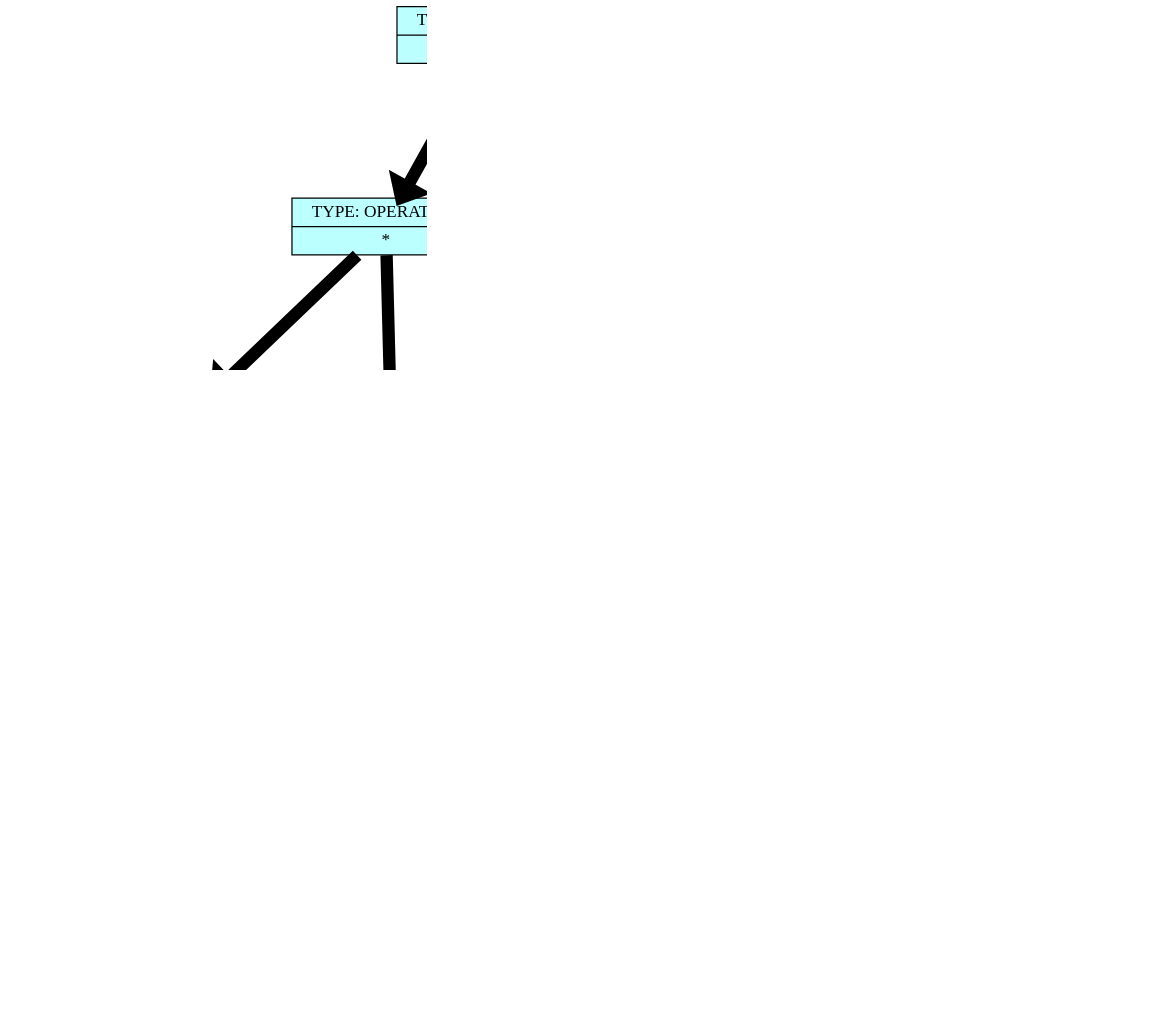
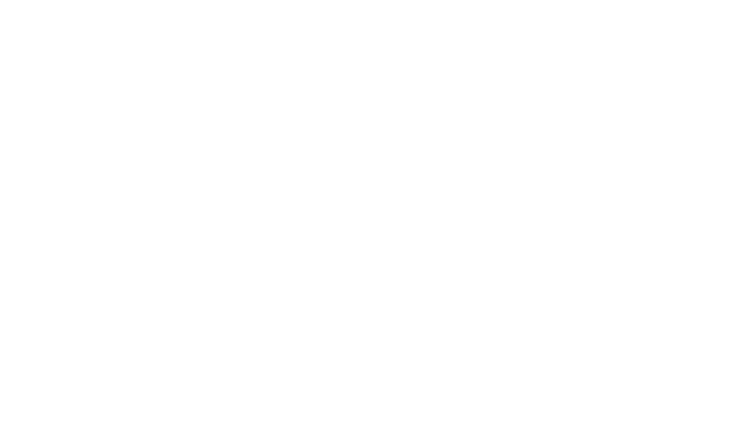
One commit to Troll0ton/Differentiator changed the diagram in dump/list_graph.dot. Above: the diagram before and after it, drawn with Graphviz. The commit also changed 49 other files, not shown here.

```diff
--- a/dump/list_graph.dot
+++ b/dump/list_graph.dot
@@ -1,50 +1,26 @@
 digraph structs {    
 rankdir = TB;        
 graph [dpi = 200];   
 ranksep = 1.5;       
 edge[penwidth = 10]; 
 cell0 [style = filled, color = black, shape=record, 
 fillcolor = paleturquoise1, label = " { <ptr> TYPE: OPERATION | +} " ];                         
 cell1 [style = filled, color = black, shape=record, 
 fillcolor = paleturquoise1, label = " { <ptr> TYPE: OPERATION | *} " ];                         
 cell2 [style = filled, color = black, shape=record, 
-fillcolor = paleturquoise1, label = " { <ptr> TYPE: OPERATION | /} " ];                         
+fillcolor = coral2, label = " { <ptr> TYPE: NUMERIC | 1} " ];                         
 cell3 [style = filled, color = black, shape=record, 
-fillcolor = coral2, label = " { <ptr> TYPE: NUMERIC | 100} " ];                         
+fillcolor = coral2, label = " { <ptr> TYPE: NUMERIC | 49} " ];                         
 cell4 [style = filled, color = black, shape=record, 
-fillcolor = coral2, label = " { <ptr> TYPE: NUMERIC | 40} " ];                         
+fillcolor = paleturquoise1, label = " { <ptr> TYPE: OPERATION | *} " ];                         
 cell5 [style = filled, color = black, shape=record, 
-fillcolor = coral2, label = " { <ptr> TYPE: NUMERIC | 12} " ];                         
+fillcolor = darkolivegreen2, label = " { <ptr> TYPE: VARIABLE | z} " ];                         
 cell6 [style = filled, color = black, shape=record, 
-fillcolor = paleturquoise1, label = " { <ptr> TYPE: OPERATION | *} " ];                         
-cell7 [style = filled, color = black, shape=record, 
-fillcolor = coral2, label = " { <ptr> TYPE: NUMERIC | 12} " ];                         
-cell8 [style = filled, color = black, shape=record, 
-fillcolor = paleturquoise1, label = " { <ptr> TYPE: OPERATION | +} " ];                         
-cell9 [style = filled, color = black, shape=record, 
-fillcolor = coral2, label = " { <ptr> TYPE: NUMERIC | 12} " ];                         
-cell10 [style = filled, color = black, shape=record, 
-fillcolor = paleturquoise1, label = " { <ptr> TYPE: OPERATION | *} " ];                         
-cell11 [style = filled, color = black, shape=record, 
-fillcolor = coral2, label = " { <ptr> TYPE: NUMERIC | 1212} " ];                         
-cell12 [style = filled, color = black, shape=record, 
-fillcolor = paleturquoise1, label = " { <ptr> TYPE: OPERATION | +} " ];                         
-cell13 [style = filled, color = black, shape=record, 
-fillcolor = coral2, label = " { <ptr> TYPE: NUMERIC | 90} " ];                         
-cell14 [style = filled, color = black, shape=record, 
-fillcolor = coral2, label = " { <ptr> TYPE: NUMERIC | 44} " ];                         
+fillcolor = coral2, label = " { <ptr> TYPE: NUMERIC | 0} " ];                         
 cell0 -> cell1;
 cell1 -> cell2;
-cell2 -> cell3;
-cell2 -> cell4;
-cell1 -> cell5;
-cell0 -> cell6;
-cell6 -> cell7;
-cell6 -> cell8;
-cell8 -> cell9;
-cell8 -> cell10;
-cell10 -> cell11;
-cell10 -> cell12;
-cell12 -> cell13;
-cell12 -> cell14;
+cell1 -> cell3;
+cell0 -> cell4;
+cell4 -> cell5;
+cell4 -> cell6;
 }
```
